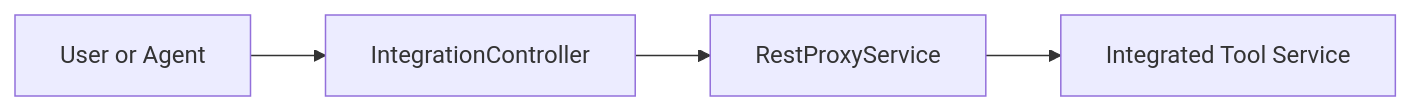
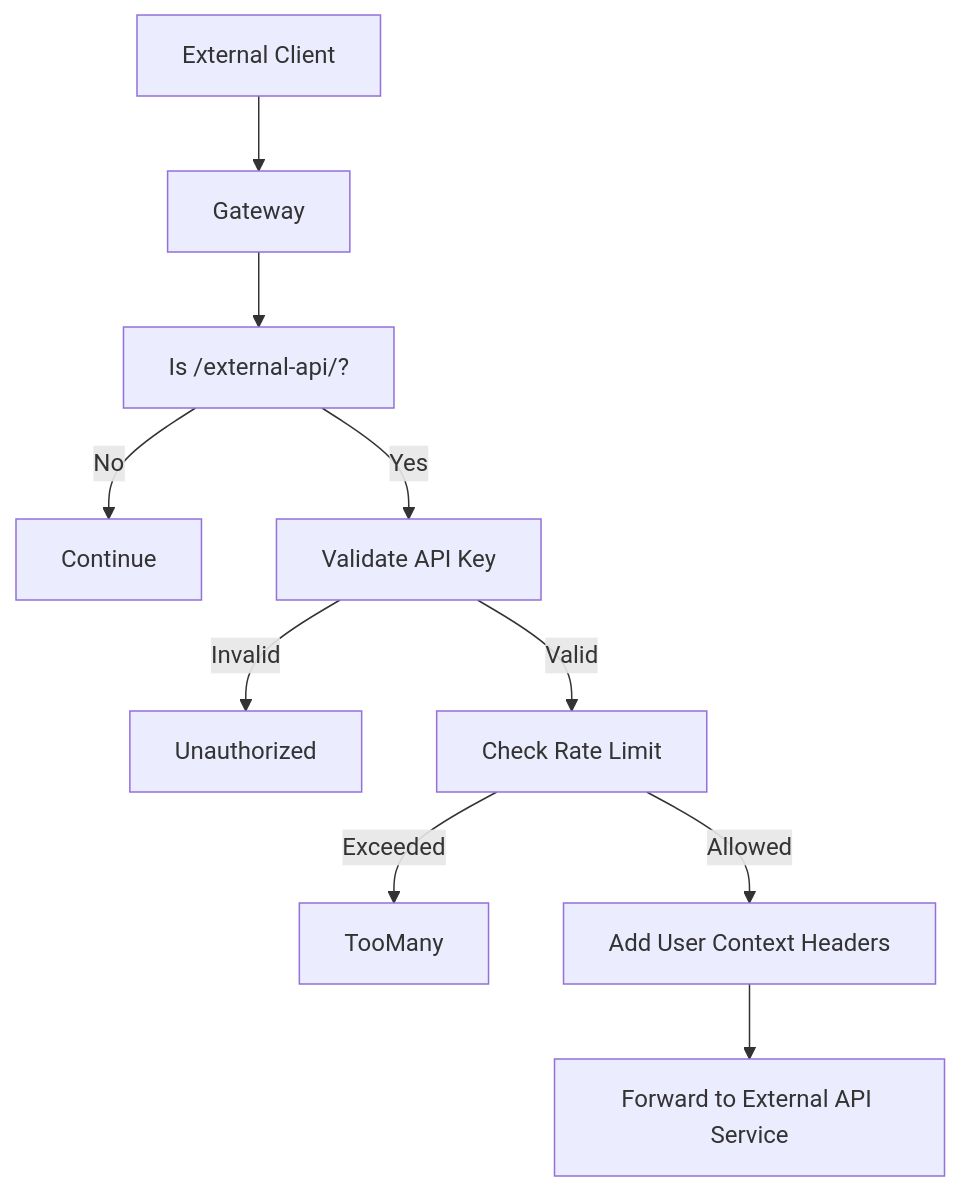
Before and after one commit to Praesto-Pro/openframe-oss-tenant: the sixth of 7 diagrams in docs/architecture/gateway-service-core/gateway-service-core.md, drawn with Mermaid. The commit also changed other lines of this file and 174 other files, not shown here.

````diff
--- a/docs/architecture/gateway-service-core/gateway-service-core.md
+++ b/docs/architecture/gateway-service-core/gateway-service-core.md
@@ -155,6 +269,15 @@
 ```mermaid
-flowchart LR
-    User["User or Agent"] --> Gateway["IntegrationController"]
-    Gateway --> Proxy["RestProxyService"]
-    Proxy --> Tool["Integrated Tool Service"]
+flowchart TD
+    Client["External Client"] --> Gateway["Gateway"]
+    Gateway --> CheckPath["Is /external-api/?"]
+    CheckPath -->|"No"| Continue
+    CheckPath -->|"Yes"| ValidateKey["Validate API Key"]
+
+    ValidateKey -->|"Invalid"| Unauthorized
+    ValidateKey -->|"Valid"| RateLimit["Check Rate Limit"]
+
+    RateLimit -->|"Exceeded"| TooMany
+    RateLimit -->|"Allowed"| AddHeaders["Add User Context Headers"]
+
+    AddHeaders --> Forward["Forward to External API Service"]
 ```
````
